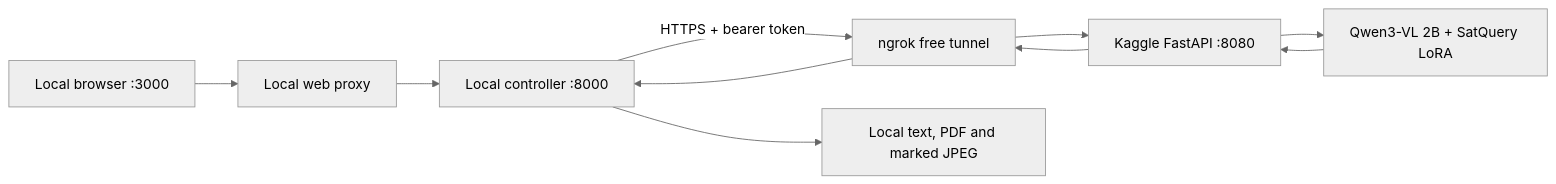
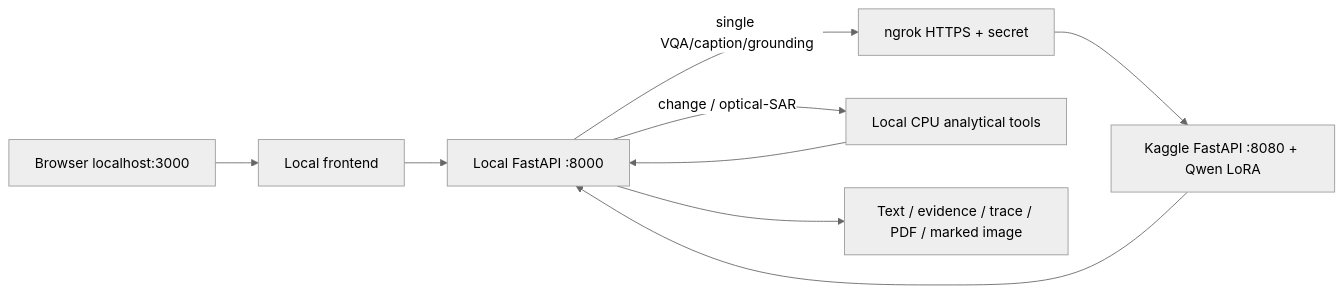
Before and after one commit to aanandmodi/StatqueryAI: the diagram in docs/NGROK_KAGGLE_RUNBOOK.md, drawn with Mermaid (neutral theme). The commit also changed other lines of this file and 80 other files, not shown here.

````diff
--- a/docs/NGROK_KAGGLE_RUNBOOK.md
+++ b/docs/NGROK_KAGGLE_RUNBOOK.md
@@ -9,10 +11,11 @@
 ```mermaid
 flowchart LR
-    Browser[Local browser :3000] --> Web[Local web proxy]
-    Web --> API[Local controller :8000]
-    API -->|HTTPS + bearer token| Ngrok[ngrok free tunnel]
-    Ngrok --> Server[Kaggle FastAPI :8080]
-    Server --> GPU[Qwen3-VL 2B + SatQuery LoRA]
-    GPU --> Server --> Ngrok --> API
-    API --> Overlay[Local text, PDF and marked JPEG]
+    Browser[Browser localhost:3000] --> Frontend[Local frontend]
+    Frontend --> Backend[Local FastAPI :8000]
+    Backend -->|single VQA/caption/grounding| Tunnel[ngrok HTTPS + secret]
+    Tunnel --> Model[Kaggle FastAPI :8080 + Qwen LoRA]
+    Backend -->|change / optical-SAR| Pair[Local CPU analytical tools]
+    Model --> Backend
+    Pair --> Backend
+    Backend --> Result[Text / evidence / trace / PDF / marked image]
 ```
````
